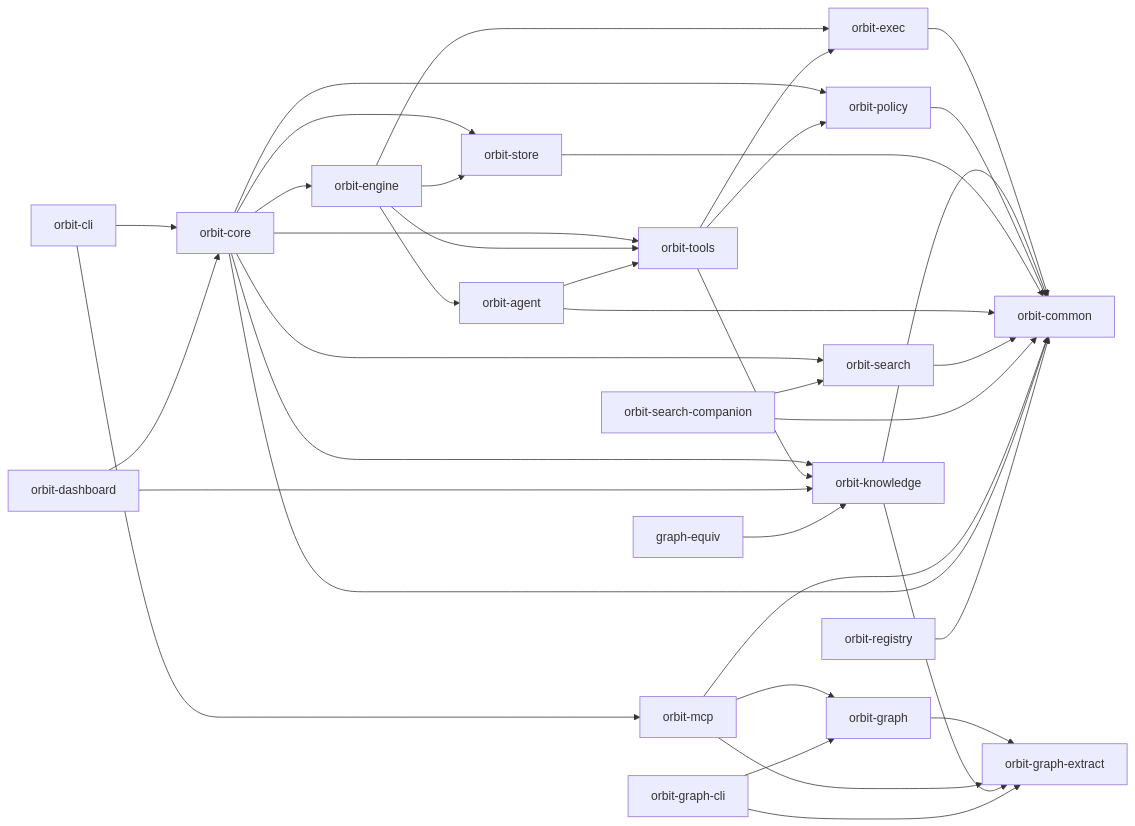
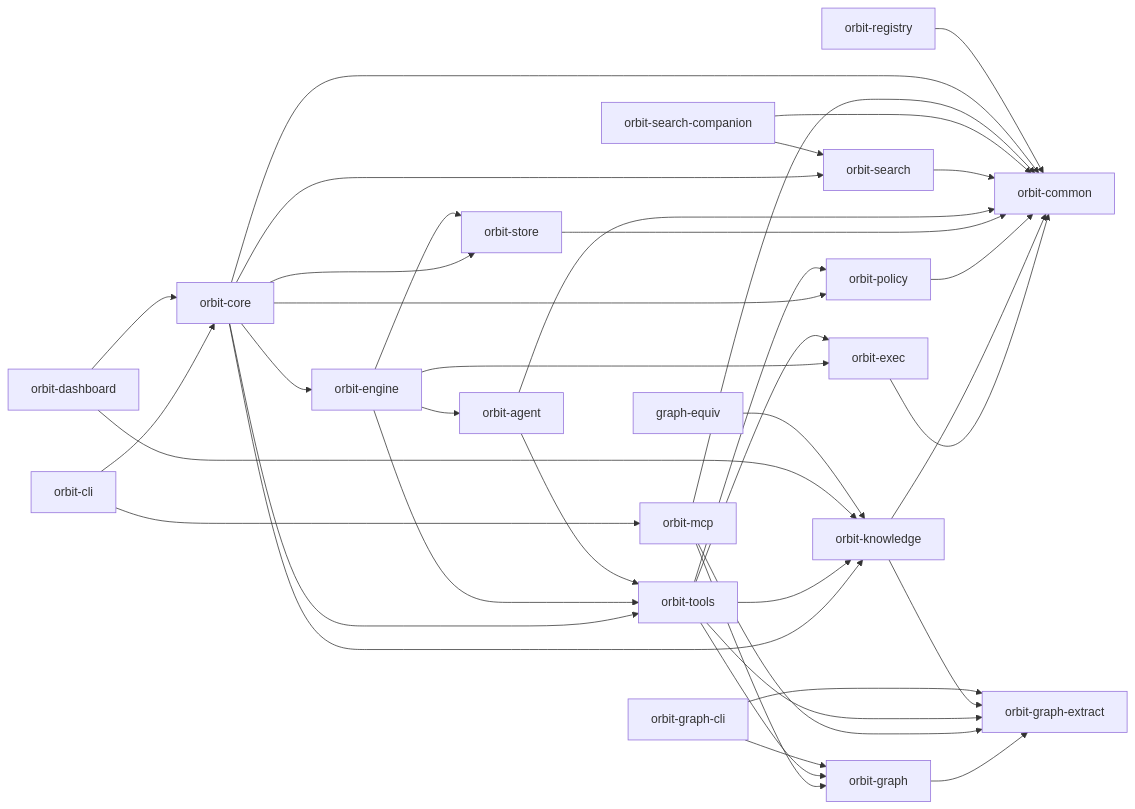
Before and after one commit to danieljhkim/orbit: the diagram in ARCHITECTURE.md, drawn with Mermaid. The commit also changed other lines of this file and 31 other files, not shown here.

First line of the commit message:
chore: orbit-graph cutover: equivalence + perf eval, ADR, swap legacy c… [ORB-00338]

````diff
--- a/ARCHITECTURE.md
+++ b/ARCHITECTURE.md
@@ -5,39 +5,41 @@
 ```mermaid
 flowchart LR
   CLI["orbit-cli"] --> Core["orbit-core"]
   CLI --> MCP["orbit-mcp"]
   Core --> Engine["orbit-engine"]
   Core --> Store["orbit-store"]
   Core --> Tools["orbit-tools"]
   Core --> Search["orbit-search"]
   Core --> Knowledge["orbit-knowledge"]
   Core --> Policy["orbit-policy"]
   Engine --> Agent["orbit-agent"]
   Engine --> Store
   Engine --> Exec["orbit-exec"]
   Engine --> Tools
   Agent --> Tools
   Graph["orbit-graph"] --> GraphExtract["orbit-graph-extract"]
   MCP --> Graph
   MCP --> GraphExtract
   Tools --> Exec["orbit-exec"]
+  Tools --> Graph
+  Tools --> GraphExtract
   Tools --> Knowledge
   Tools --> Policy
   Knowledge --> GraphExtract["orbit-graph-extract"]
   Exec --> Common["orbit-common"]
   Knowledge --> Common
   Policy --> Common
   Store --> Common
   Agent --> Common
   Search --> Common
   SearchCompanion["orbit-search-companion"] --> Search
   SearchCompanion --> Common
   GraphCli["orbit-graph-cli"] --> Graph
   GraphCli --> GraphExtract
   MCP --> Common
   Dashboard["orbit-dashboard"] --> Core
   Dashboard --> Knowledge
   GraphEquiv["graph-equiv"] --> Knowledge
   Core --> Common
   Registry["orbit-registry"] --> Common
 ```
````
